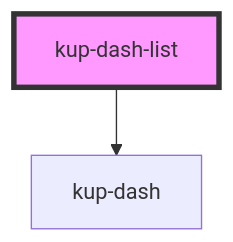
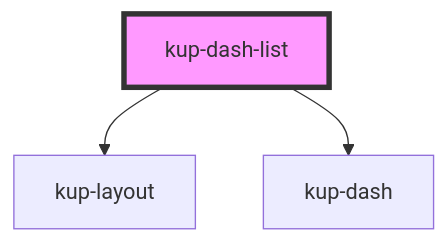
Before and after one commit to smeup/ketchup: the diagram in packages/ketchup/src/components/kup-dash-list/readme.md, drawn with Mermaid. The commit also changed other lines of this file and 3 other files, not shown here.

Commit message:
add wrapper  kup-layout in dash

````diff
--- a/packages/ketchup/src/components/kup-dash-list/readme.md
+++ b/packages/ketchup/src/components/kup-dash-list/readme.md
@@ -32,5 +33,6 @@
 ```mermaid
 graph TD;
+  kup-dash-list --> kup-layout
   kup-dash-list --> kup-dash
   style kup-dash-list fill:#f9f,stroke:#333,stroke-width:4px
 ```
````
